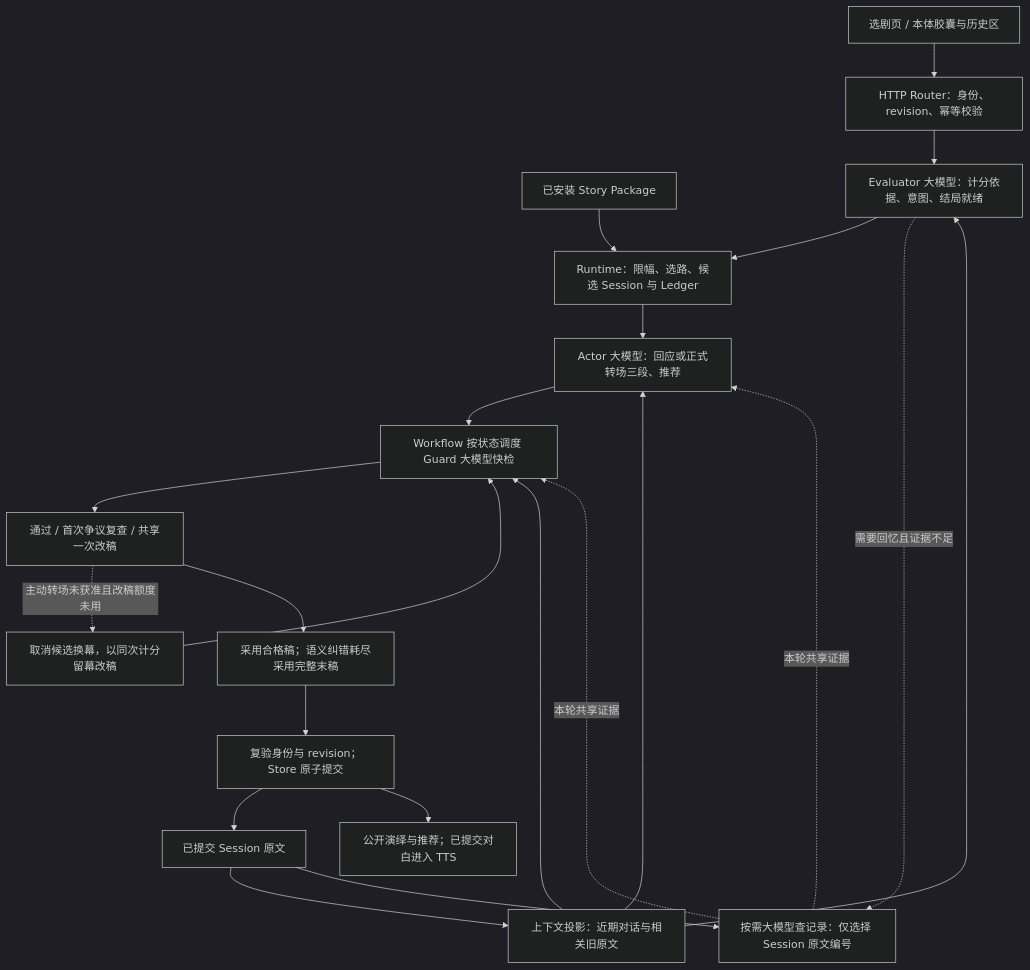
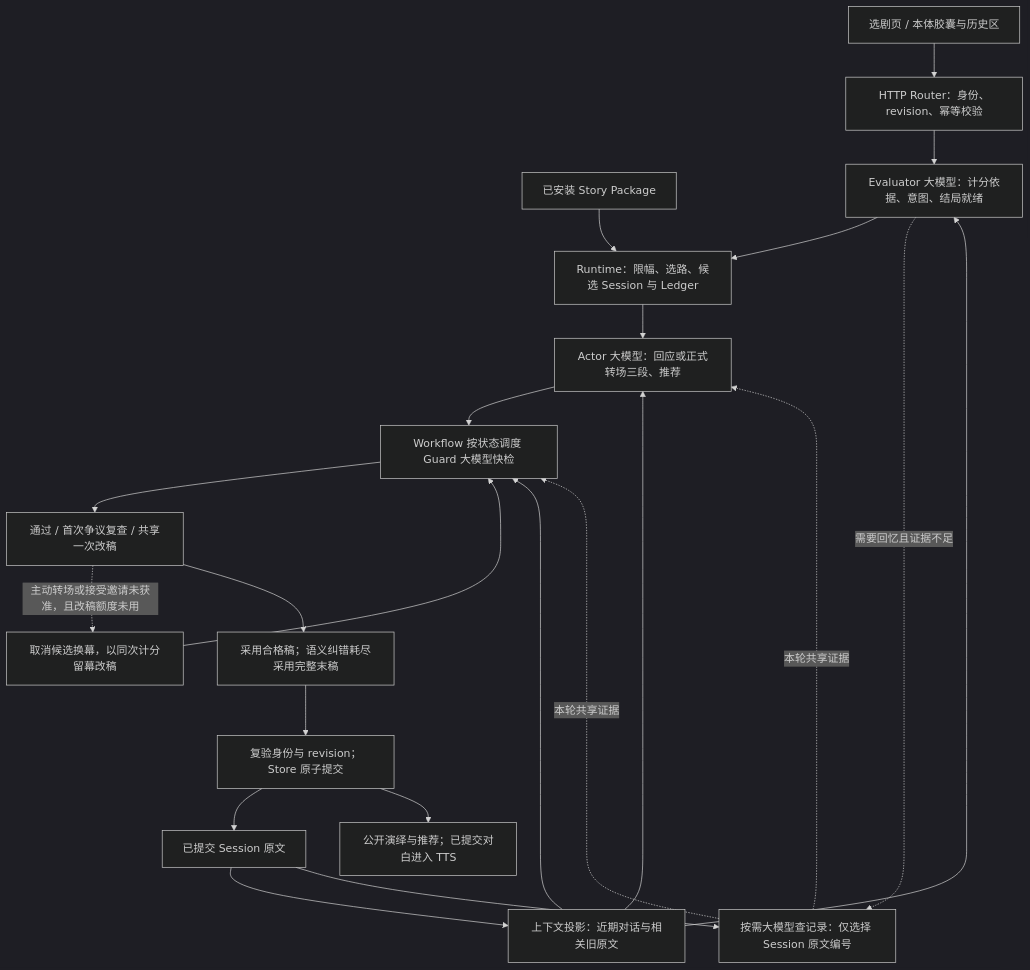
Before and after one commit to Project-N-E-K-O/N.E.K.O: the first of 2 diagrams in docs/design/neko-theater-architecture.md, drawn with Mermaid (dark theme). The commit also changed other lines of this file and 77 other files, not shown here.

````diff
--- a/docs/design/neko-theater-architecture.md
+++ b/docs/design/neko-theater-architecture.md
@@ -11,24 +23,24 @@
 ```mermaid
 flowchart TD
     UI["选剧页 / 本体胶囊与历史区"] --> API["HTTP Router：身份、revision、幂等校验"]
     Package["已安装 Story Package"] --> Runtime["Runtime：限幅、选路、候选 Session 与 Ledger"]
     API --> Eval["Evaluator 大模型：计分依据、意图、结局就绪"]
     Session["已提交 Session 原文"] --> Context["上下文投影：近期对话与相关旧原文"]
     Context --> Eval
     Eval --> Runtime
     Eval -. "需要回忆且证据不足" .-> Lookup["按需大模型查记录：仅选择 Session 原文编号"]
     Session --> Lookup
     Runtime --> Actor["Actor 大模型：回应或正式转场三段、推荐"]
     Context --> Actor
     Lookup -. "本轮共享证据" .-> Actor
     Actor --> Review["Workflow 按状态调度 Guard 大模型快检"]
     Context --> Review
     Lookup -. "本轮共享证据" .-> Review
     Review --> Resolution["通过 / 首次争议复查 / 共享一次改稿"]
-    Resolution -. "主动转场未获准且改稿额度未用" .-> Stay["取消候选换幕，以同次计分留幕改稿"]
+    Resolution -. "主动转场或接受邀请未获准，且改稿额度未用" .-> Stay["取消候选换幕，以同次计分留幕改稿"]
     Stay --> Review
     Resolution --> Adopt["采用合格稿；语义纠错耗尽采用完整末稿"]
     Adopt --> Commit["复验身份与 revision；Store 原子提交"]
     Commit --> Session
     Commit --> Display["公开演绎与推荐；已提交对白进入 TTS"]
 ```
````
